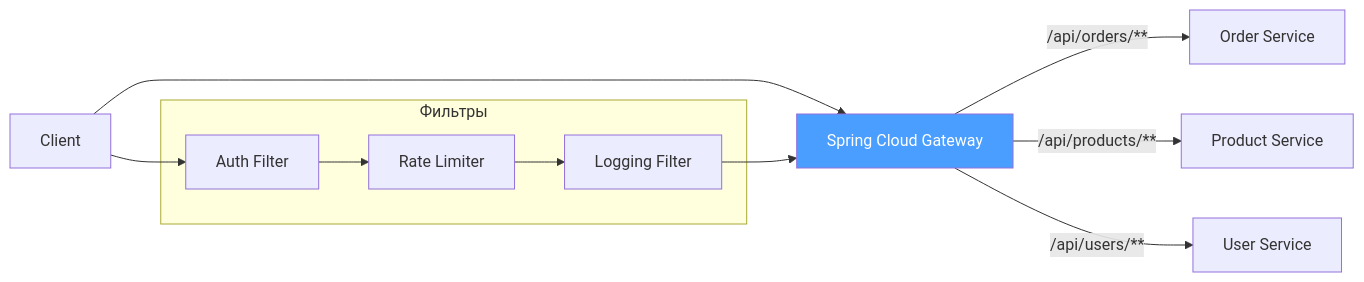
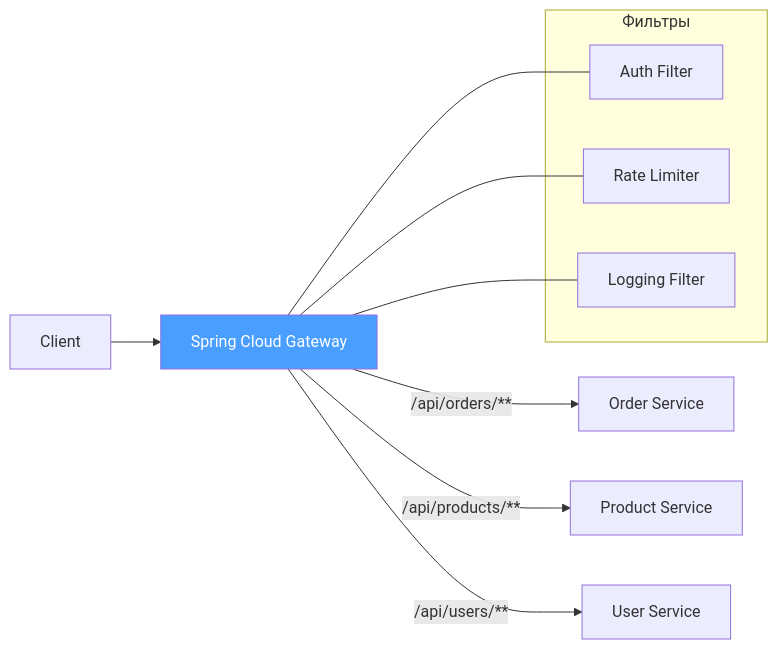
One commit to akeverus/cheat-sheet changed diagram 12 of 19 in cheatsheets/interview/frameworks/spring/spring-cloud-interview.md. Above: the diagram before and after it, drawn with Mermaid. The commit also changed other lines of this file and 2 other files, not shown here.

````diff
--- a/cheatsheets/interview/frameworks/spring/spring-cloud-interview.md
+++ b/cheatsheets/interview/frameworks/spring/spring-cloud-interview.md
@@ -609,17 +707,19 @@
 ```mermaid
 graph LR
     C[Client] --> GW[Spring Cloud Gateway]
     GW -->|/api/orders/**| OS[Order Service]
     GW -->|/api/products/**| PS[Product Service]
     GW -->|/api/users/**| US[User Service]
 
     subgraph Фильтры
         F1[Auth Filter]
         F2[Rate Limiter]
         F3[Logging Filter]
     end
 
-    C --> F1 --> F2 --> F3 --> GW
+    GW --- F1
+    GW --- F2
+    GW --- F3
 
     style GW fill:#4a9eff,color:#fff
 ```
````
